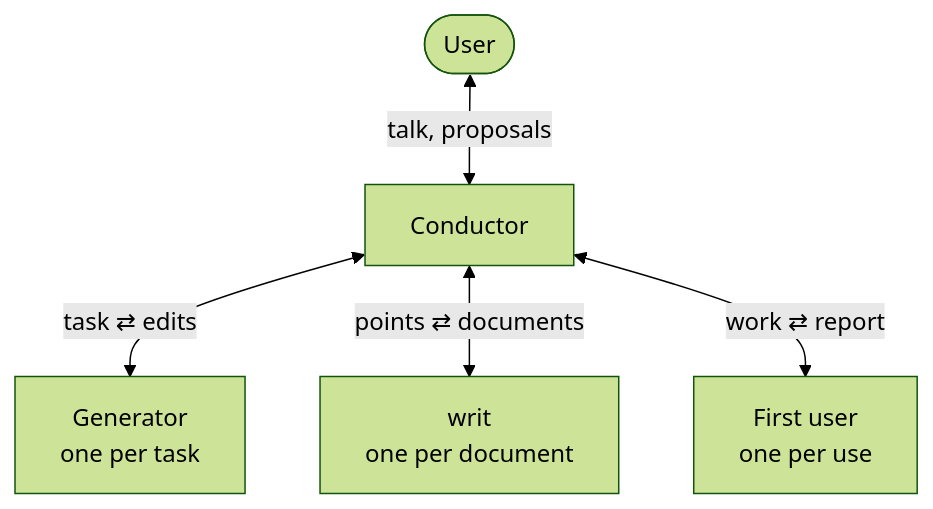
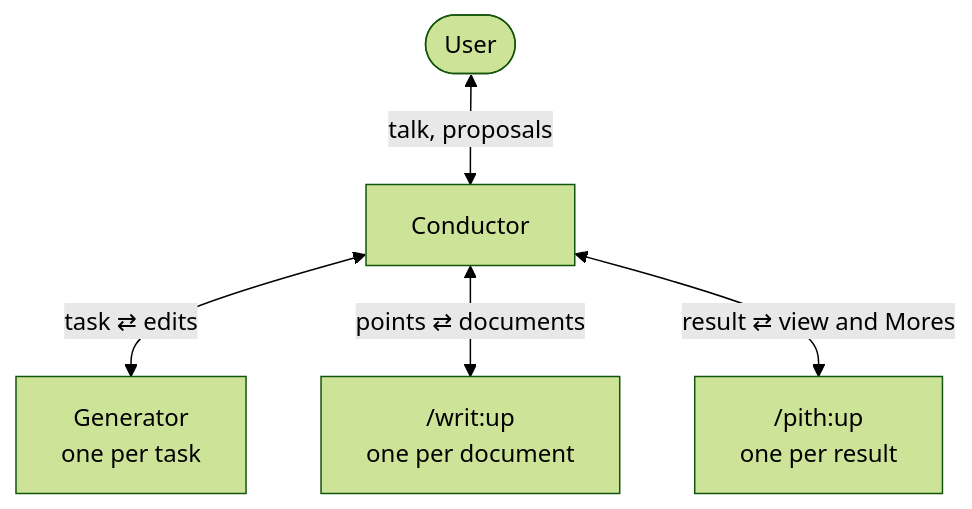
Before and after one commit to lovaizu/ccpm: the first of 2 diagrams in rn/docs/design.md, drawn with Mermaid (forest theme). The commit also changed other lines of this file and 19 other files, not shown here.

First line of the commit message:
rn: rebuild the conductor small, checking through pith (work in progress)

````diff
--- a/rn/docs/design.md
+++ b/rn/docs/design.md
@@ -269,12 +273,12 @@
 ```mermaid
 flowchart TD
     U(["User"])
     C["Conductor"]
     G["Generator<br/>one per task"]
-    W["writ<br/>one per document"]
-    F["First user<br/>one per use"]
+    W["/writ:up<br/>one per document"]
+    P["/pith:up<br/>one per result"]
     U <-->|"talk, proposals"| C
     C <-->|"task ⇄ edits"| G
     C <-->|"points ⇄ documents"| W
-    C <-->|"work ⇄ report"| F
+    C <-->|"result ⇄ view and Mores"| P
 ```
````
